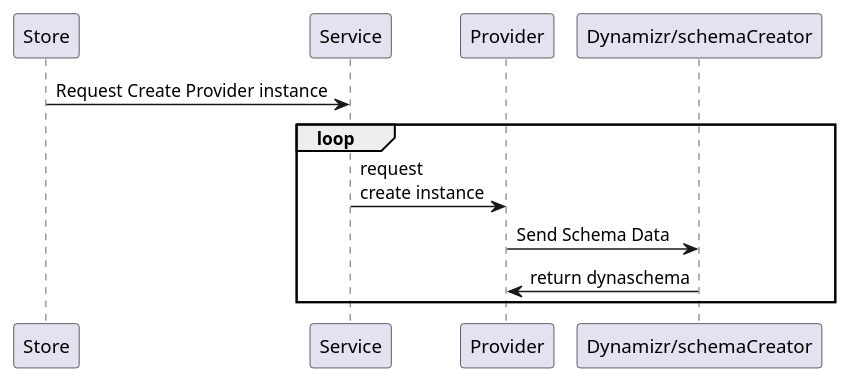
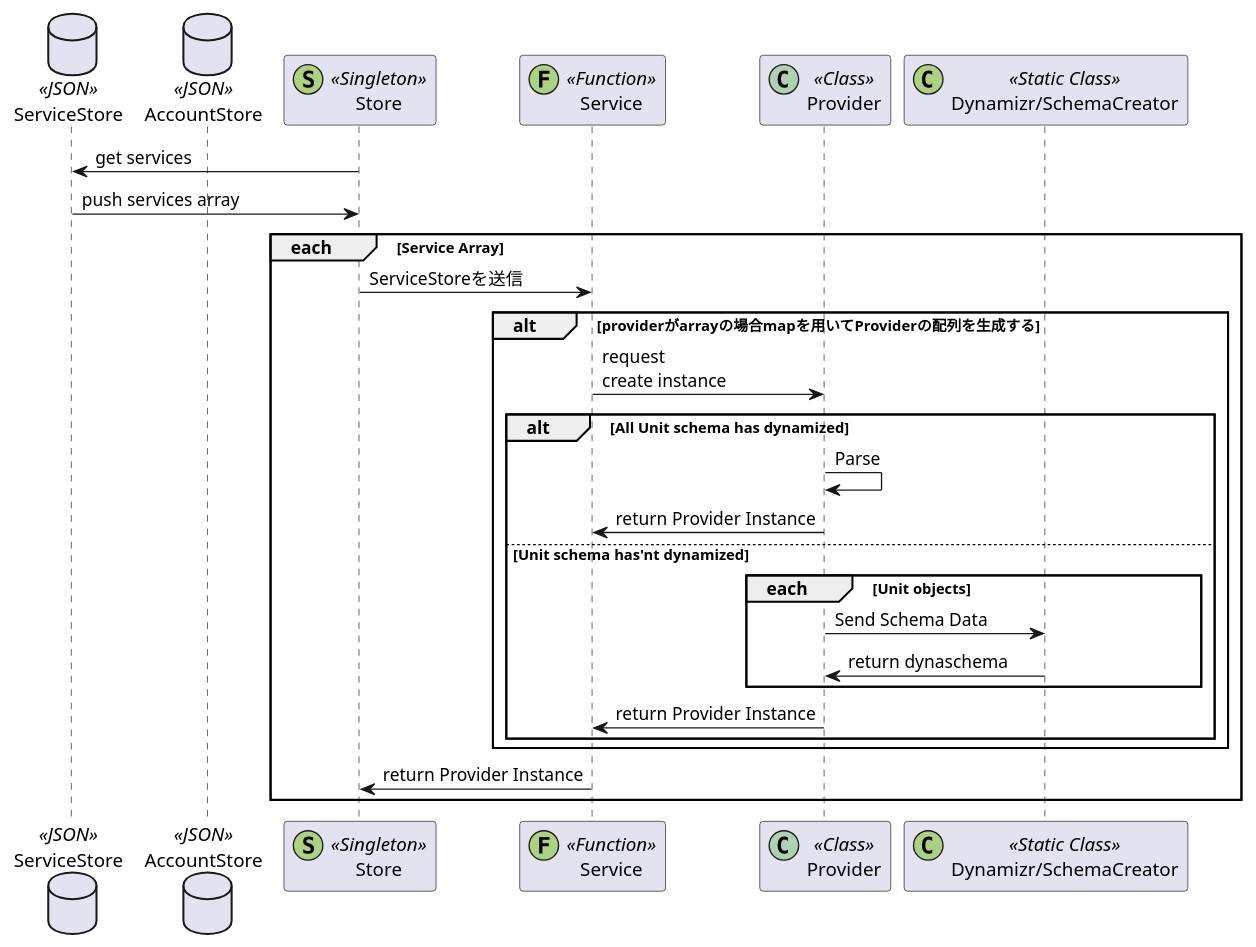
One commit to origamium/Tenpest-Core changed the diagram in blueprint/CoreInitialization.puml. Above: the diagram before and after it, drawn with PlantUML.

Commit message:
coreが最初に行うシーケンス図を一部作成

```diff
--- a/blueprint/CoreInitialization.puml
+++ b/blueprint/CoreInitialization.puml
@@ -1,8 +1,31 @@
 @startuml
-Store -> Service: Request Create Provider instance
-loop
-    Service -> Provider: request\ncreate instance
-    Provider -> "Dynamizr/schemaCreator": Send Schema Data
-    "Dynamizr/schemaCreator" -> Provider: return dynaschema
+
+database ServiceStore <<JSON>>
+database AccountStore <<JSON>>
+
+participant Store <<(S, #ADD182)Singleton>>
+participant Service <<(F, #ADD182)Function>>
+participant Provider <<(C,#ADD1B2)Class>>
+participant "Dynamizr/SchemaCreator" as schemaCreator <<(C, #ADD182)Static Class>>
+
+Store -> ServiceStore : get services
+ServiceStore -> Store : push services array
+group each [Service Array]
+    Store -> Service: ServiceStoreを送信
+    alt providerがarrayの場合mapを用いてProviderの配列を生成する
+        Service -> Provider: request\ncreate instance
+        alt All Unit schema has dynamized
+            Provider -> Provider: Parse
+            Provider -> Service: return Provider Instance
+            else Unit schema has'nt dynamized
+                group each [Unit objects]
+                    Provider -> schemaCreator: Send Schema Data
+                    schemaCreator -> Provider: return dynaschema
+                end
+            Provider -> Service: return Provider Instance
+        end
+    end
+    Service -> Store: return Provider Instance
 end
+
 @enduml
```
